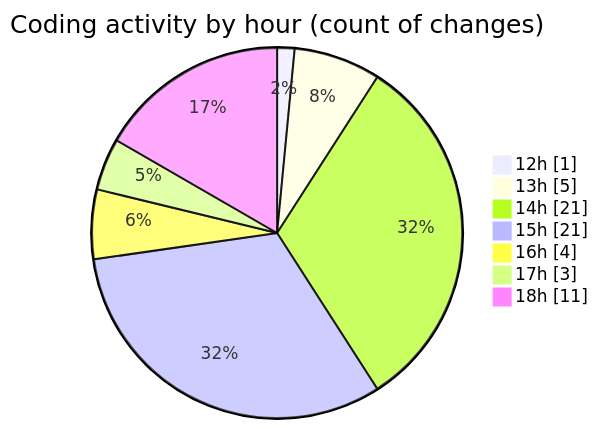
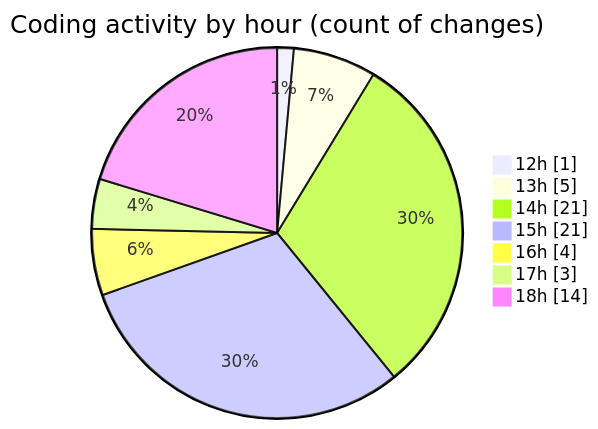
The second of 2 diagrams in 2025-03-10/cda/README.md (momahboobian/code-tracking), drawn with Mermaid before and after one commit. The commit also changed other lines of this file and 1 other file, not shown here.

````diff
--- a/2025-03-10/cda/README.md
+++ b/2025-03-10/cda/README.md
@@ -57,11 +57,11 @@
 ```mermaid
 pie showData
 title Coding activity by hour (count of changes)
 "12h" : 1
 "13h" : 5
 "14h" : 21
 "15h" : 21
 "16h" : 4
 "17h" : 3
-"18h" : 11
+"18h" : 14
 ```
````
